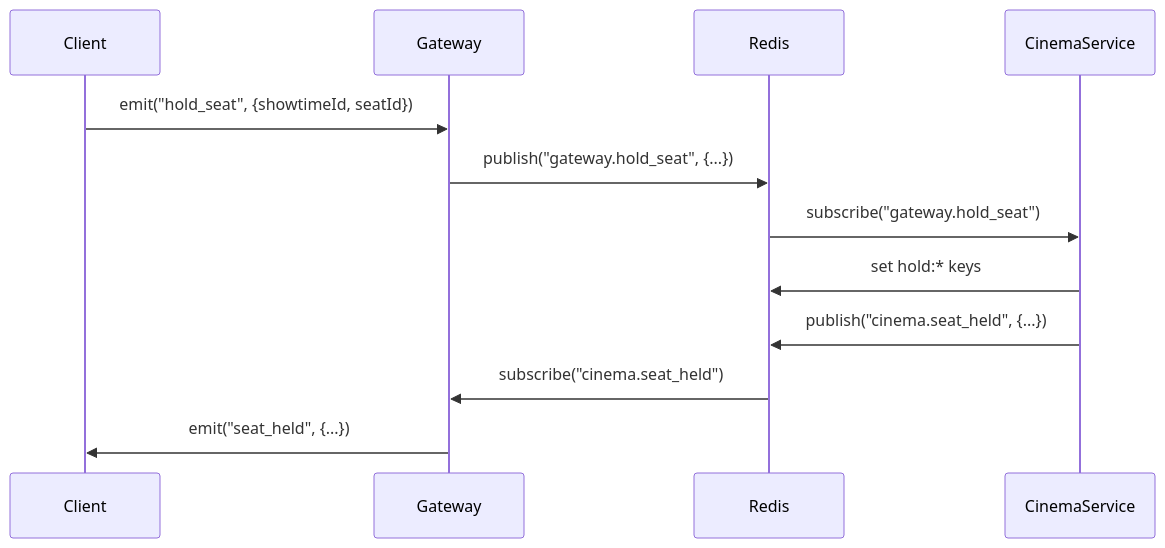
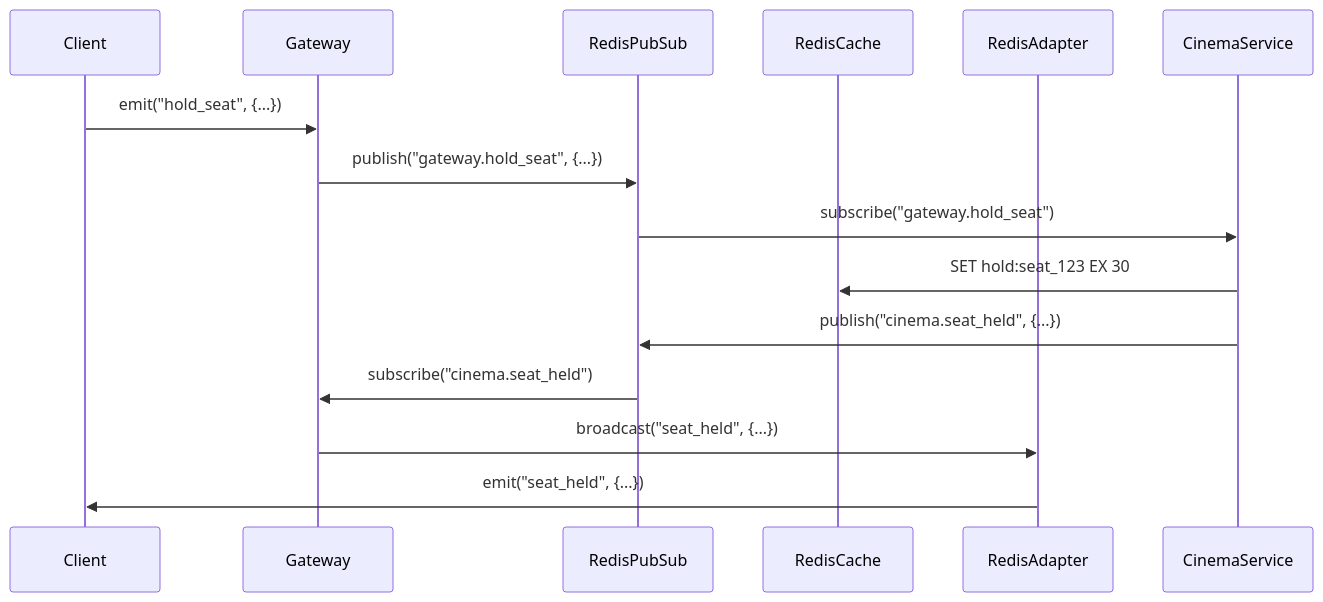
Before and after one commit to LeVanHuy84/microservice-server: the diagram in seat-realtime-flow.md, drawn with Mermaid.

````diff
--- a/seat-realtime-flow.md
+++ b/seat-realtime-flow.md
@@ -123,15 +123,18 @@
 ```mermaid
 sequenceDiagram
     participant Client
     participant Gateway
-    participant Redis
+    participant RedisPubSub
+    participant RedisCache
+    participant RedisAdapter
     participant CinemaService
 
-    Client->>Gateway: emit("hold_seat", {showtimeId, seatId})
-    Gateway->>Redis: publish("gateway.hold_seat", {...})
-    Redis->>CinemaService: subscribe("gateway.hold_seat")
-    CinemaService->>Redis: set hold:* keys
-    CinemaService->>Redis: publish("cinema.seat_held", {...})
-    Redis->>Gateway: subscribe("cinema.seat_held")
-    Gateway->>Client: emit("seat_held", {...})
+    Client->>Gateway: emit("hold_seat", {...})
+    Gateway->>RedisPubSub: publish("gateway.hold_seat", {...})
+    RedisPubSub->>CinemaService: subscribe("gateway.hold_seat")
+    CinemaService->>RedisCache: SET hold:seat_123 EX 30
+    CinemaService->>RedisPubSub: publish("cinema.seat_held", {...})
+    RedisPubSub->>Gateway: subscribe("cinema.seat_held")
+    Gateway->>RedisAdapter: broadcast("seat_held", {...})
+    RedisAdapter->>Client: emit("seat_held", {...})
 ```
````
